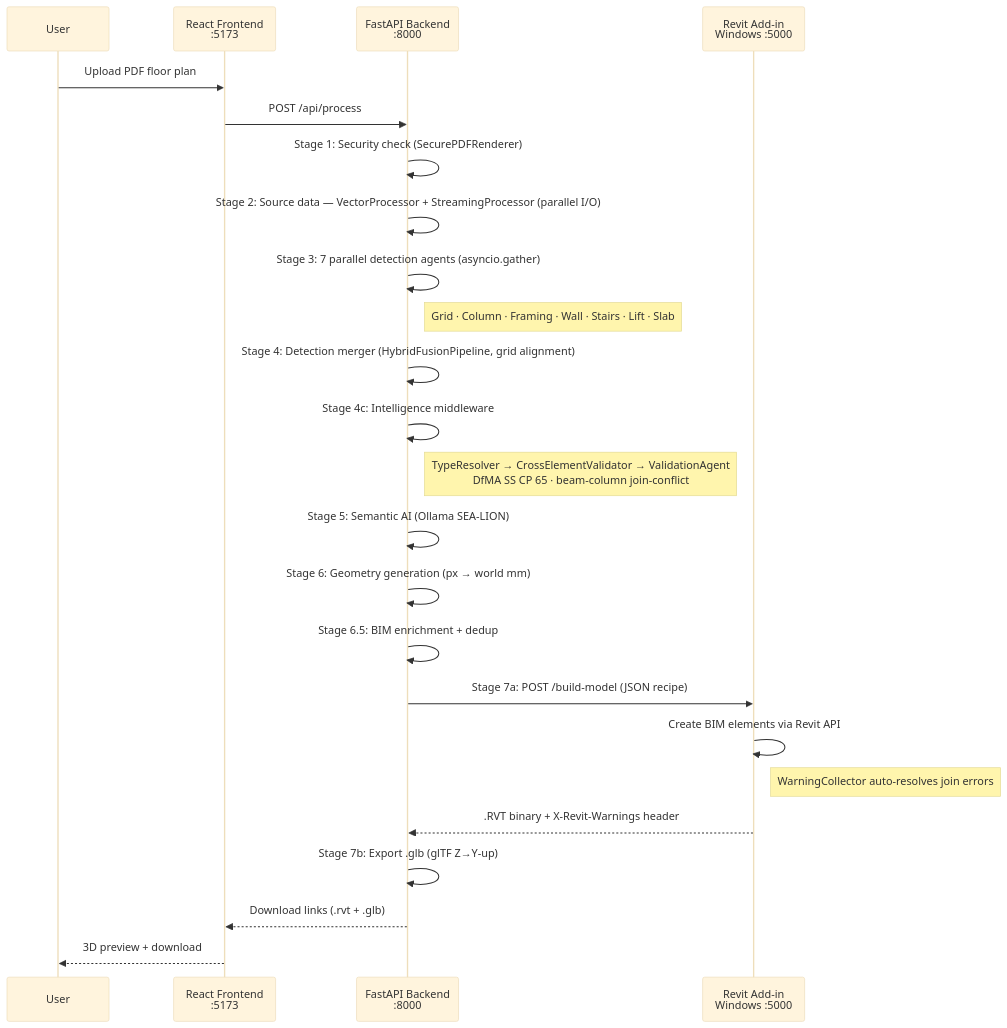
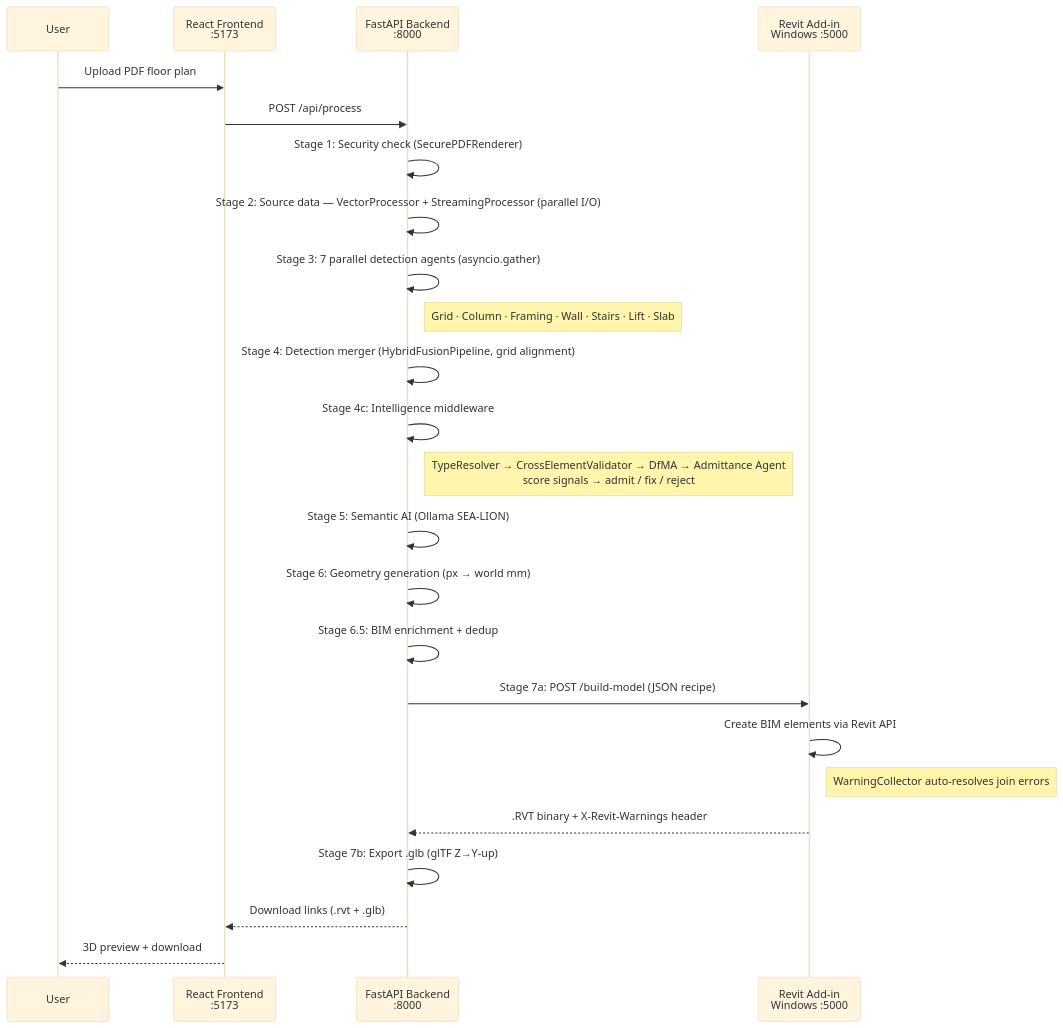
The third of 3 diagrams in DEPLOYMENT.md (josephteh97/mcc-amplify-v4), drawn with Mermaid (base theme) before and after one commit. The commit also changed other lines of this file and 2 other files, not shown here.

````diff
--- a/DEPLOYMENT.md
+++ b/DEPLOYMENT.md
@@ -369,27 +369,27 @@
 ```mermaid
 sequenceDiagram
     participant User
     participant Frontend as React Frontend<br/>:5173
     participant Backend as FastAPI Backend<br/>:8000
     participant Revit as Revit Add-in<br/>Windows :5000
 
     User->>Frontend: Upload PDF floor plan
     Frontend->>Backend: POST /api/process
     Backend->>Backend: Stage 1: Security check (SecurePDFRenderer)
     Backend->>Backend: Stage 2: Source data — VectorProcessor + StreamingProcessor (parallel I/O)
     Backend->>Backend: Stage 3: 7 parallel detection agents (asyncio.gather)
     Note right of Backend: Grid · Column · Framing · Wall · Stairs · Lift · Slab
     Backend->>Backend: Stage 4: Detection merger (HybridFusionPipeline, grid alignment)
     Backend->>Backend: Stage 4c: Intelligence middleware
-    Note right of Backend: TypeResolver → CrossElementValidator → ValidationAgent<br/>DfMA SS CP 65 · beam-column join-conflict
+    Note right of Backend: TypeResolver → CrossElementValidator → DfMA → Admittance Agent<br/>score signals → admit / fix / reject
     Backend->>Backend: Stage 5: Semantic AI (Ollama SEA-LION)
     Backend->>Backend: Stage 6: Geometry generation (px → world mm)
     Backend->>Backend: Stage 6.5: BIM enrichment + dedup
     Backend->>Revit: Stage 7a: POST /build-model (JSON recipe)
     Revit->>Revit: Create BIM elements via Revit API
     Note right of Revit: WarningCollector auto-resolves join errors
     Revit-->>Backend: .RVT binary + X-Revit-Warnings header
     Backend->>Backend: Stage 7b: Export .glb (glTF Z→Y-up)
     Backend-->>Frontend: Download links (.rvt + .glb)
     Frontend-->>User: 3D preview + download
 ```
````
